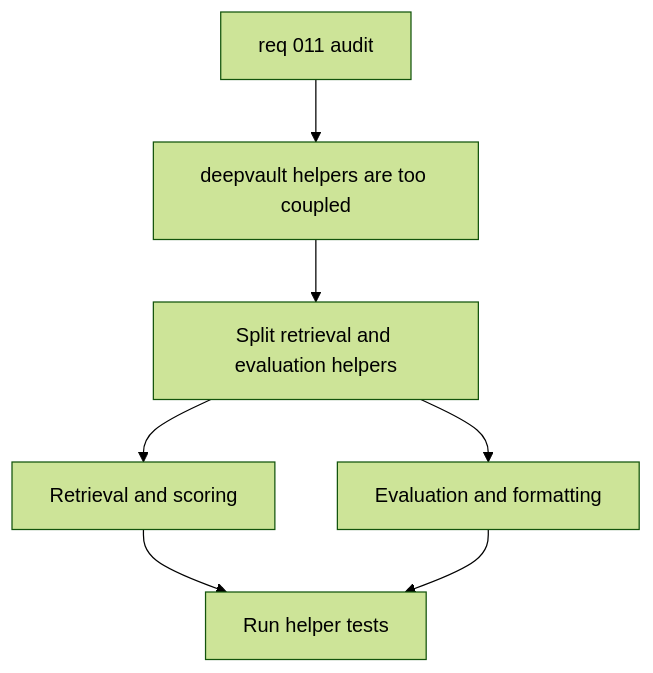
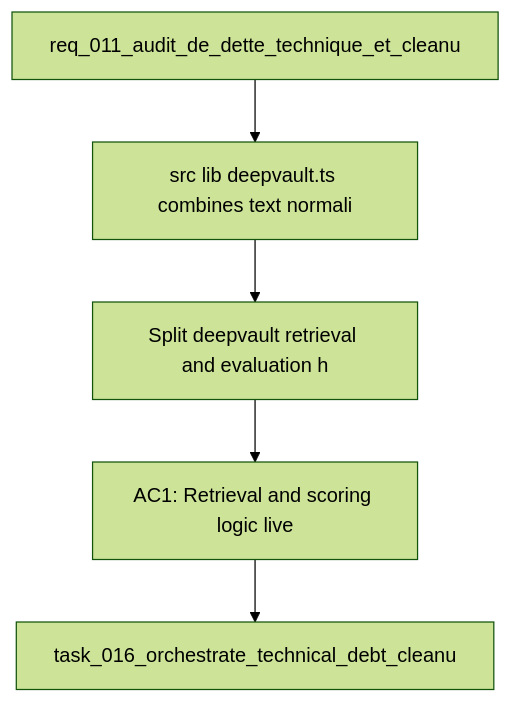
One commit to AlexAgo83/deepvault changed the diagram in logics/backlog/item_039_split_deepvault_retrieval_and_evaluation_helpers.md. Above: the diagram before and after it, drawn with Mermaid (forest theme). The commit also changed 57 other files, not shown here.

````diff
--- a/logics/backlog/item_039_split_deepvault_retrieval_and_evaluation_helpers.md
+++ b/logics/backlog/item_039_split_deepvault_retrieval_and_evaluation_helpers.md
@@ -22,11 +22,9 @@
 ```mermaid
 %% logics-kind: backlog
 %% logics-signature: backlog|split-deepvault-retrieval-and-evaluation|req-011-audit-de-dette-technique-et-clea|src-lib-deepvault-ts-combines-text-norma|ac1-retrieval-and-scoring-logic-live
 flowchart TD
-    Request[req 011 audit] --> Problem[deepvault helpers are too coupled]
-    Problem --> Scope[Split retrieval and evaluation helpers]
-    Scope --> Retrieval[Retrieval and scoring]
-    Scope --> Eval[Evaluation and formatting]
-    Retrieval --> Validate[Run helper tests]
-    Eval --> Validate
+    Request[req_011_audit_de_dette_technique_et_cleanu] --> Problem[src lib deepvault.ts combines text normali]
+    Problem --> Scope[Split deepvault retrieval and evaluation h]
+    Scope --> Acceptance[AC1: Retrieval and scoring logic live]
+    Acceptance --> Tasks[task_016_orchestrate_technical_debt_cleanu]
 ```
````
